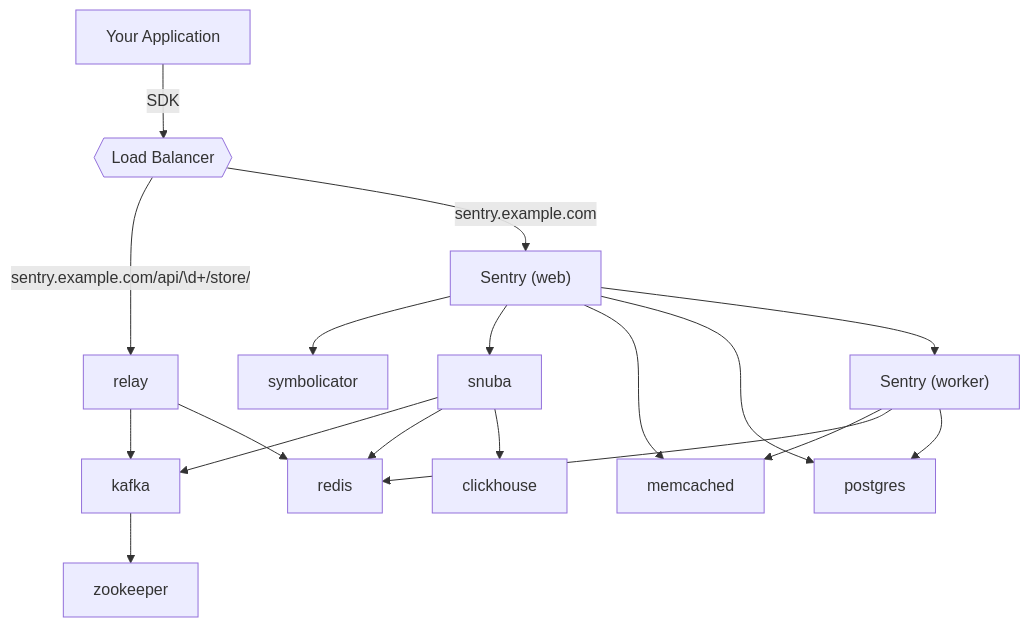
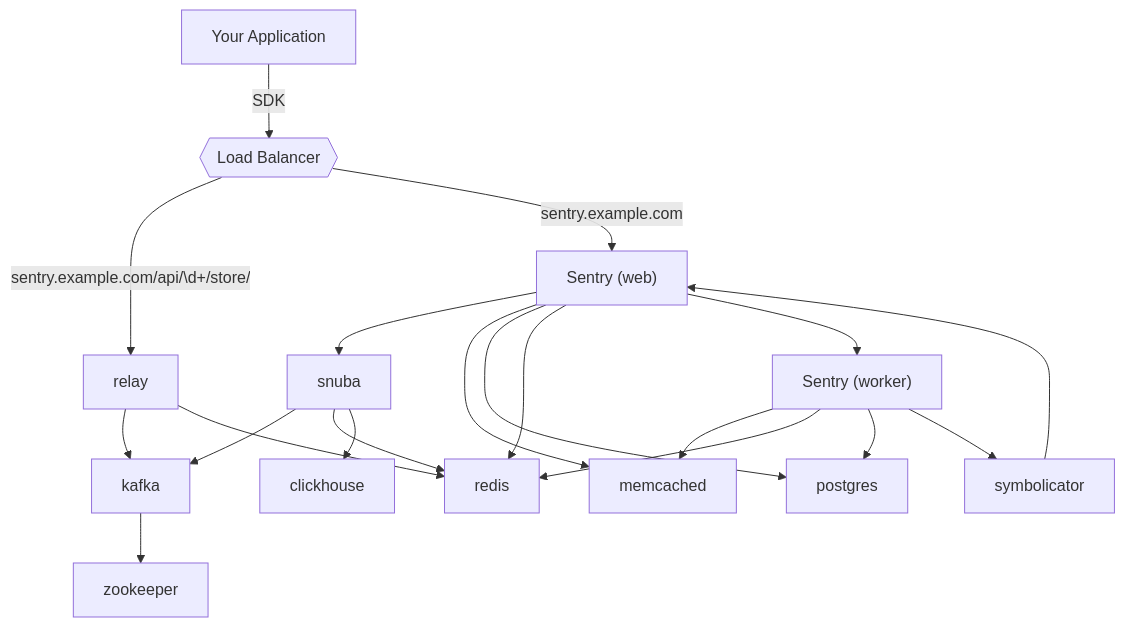
Before and after one commit to getsentry/sentry-docs: the diagram in develop-docs/architecture.mdx, drawn with Mermaid.

Commit message:
fix: Update symbolicator-related service dependencies (#78)

````diff
--- a/develop-docs/architecture.mdx
+++ b/develop-docs/architecture.mdx
@@ -7,23 +7,25 @@
 ```mermaid
 graph TD
 app[Your Application] --> |SDK| lb{{Load Balancer}}
 lb --> |"sentry.example.com/api/\d+/store/"| relay
 lb --> |"sentry.example.com"| sentry_web["Sentry (web)"]
+symbolicator --> sentry_web
 relay --> kafka
 relay --> redis
-sentry_web --> symbolicator
 sentry_web --> snuba
 sentry_web --> memcached
 sentry_web --> postgres
+sentry_web --> redis
 snuba --> kafka
 snuba --> redis
 snuba --> clickhouse
 kafka --> zookeeper
 sentry_web --> sentry_worker["Sentry (worker)"]
 sentry_worker --> memcached
 sentry_worker --> redis
 sentry_worker --> postgres
+sentry_worker --> symbolicator
 
 click snuba "https://github.com/getsentry/snuba" "Snuba Documentation"
 click relay "https://github.com/getsentry/relay" "Relay Documentation"
 ```
````
